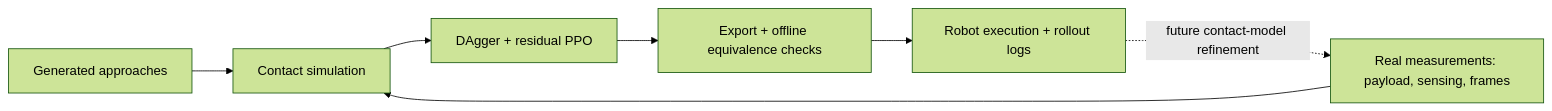
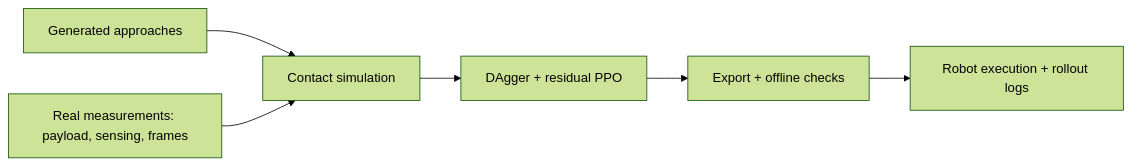
The second of 2 diagrams in README.md (ur10/force-sim2real-ur5e), drawn with Mermaid (forest theme) before and after one commit. The commit also changed other lines of this file, not shown here.

````diff
--- a/README.md
+++ b/README.md
@@ -60,9 +84,8 @@
 ```mermaid
 flowchart LR
     D["Generated approaches"] --> S["Contact simulation"]
     M["Real measurements: payload, sensing, frames"] --> S
     S --> L["DAgger + residual PPO"]
-    L --> E["Export + offline equivalence checks"]
+    L --> E["Export + offline checks"]
     E --> H["Robot execution + rollout logs"]
-    H -. future contact-model refinement .-> M
 ```
````
